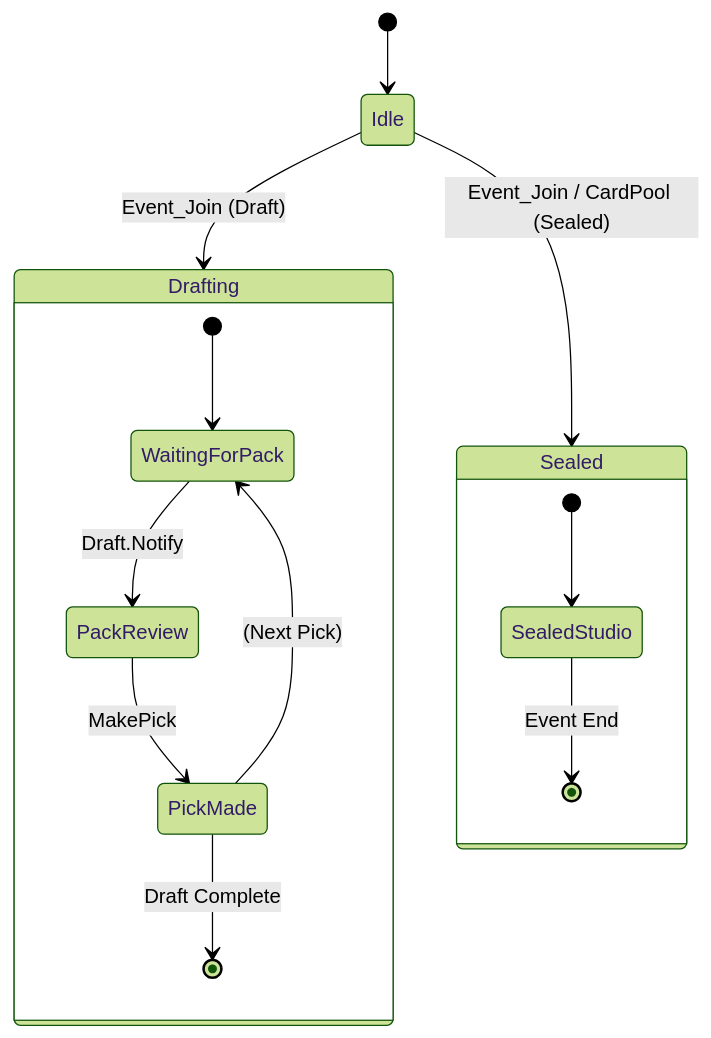
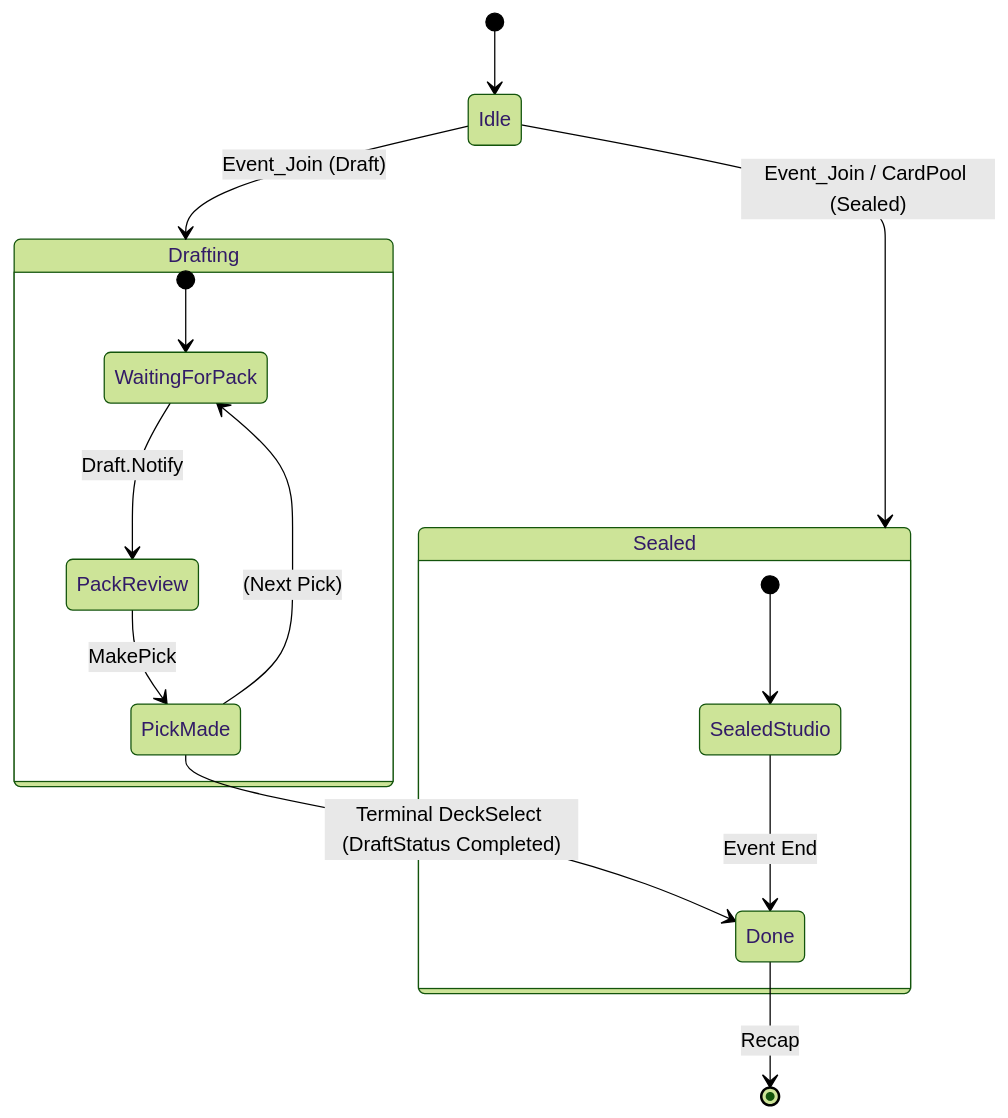
One commit to Olld47/MTGA_Draft_17Lands changed the diagram in docs/02-log-parsing-rules.md. Above: the diagram before and after it, drawn with Mermaid (forest theme). The commit also changed other lines of this file and 358 other files, not shown here.

````diff
--- a/docs/02-log-parsing-rules.md
+++ b/docs/02-log-parsing-rules.md
@@ -116,20 +141,22 @@
 ```mermaid
 stateDiagram-v2
     [*] --> Idle
 
     Idle --> Drafting: Event_Join (Draft)
     Idle --> Sealed: Event_Join / CardPool (Sealed)
 
     state Drafting {
         [*] --> WaitingForPack
         WaitingForPack --> PackReview: Draft.Notify
         PackReview --> PickMade: MakePick
         PickMade --> WaitingForPack: (Next Pick)
-        PickMade --> [*]: Draft Complete
+        PickMade --> Done: Terminal DeckSelect (DraftStatus Completed)
     }
 
     state Sealed {
         [*] --> SealedStudio
-        SealedStudio --> [*]: Event End
+        SealedStudio --> Done: Event End
     }
+
+    Done --> [*]: Recap
 ```
````
